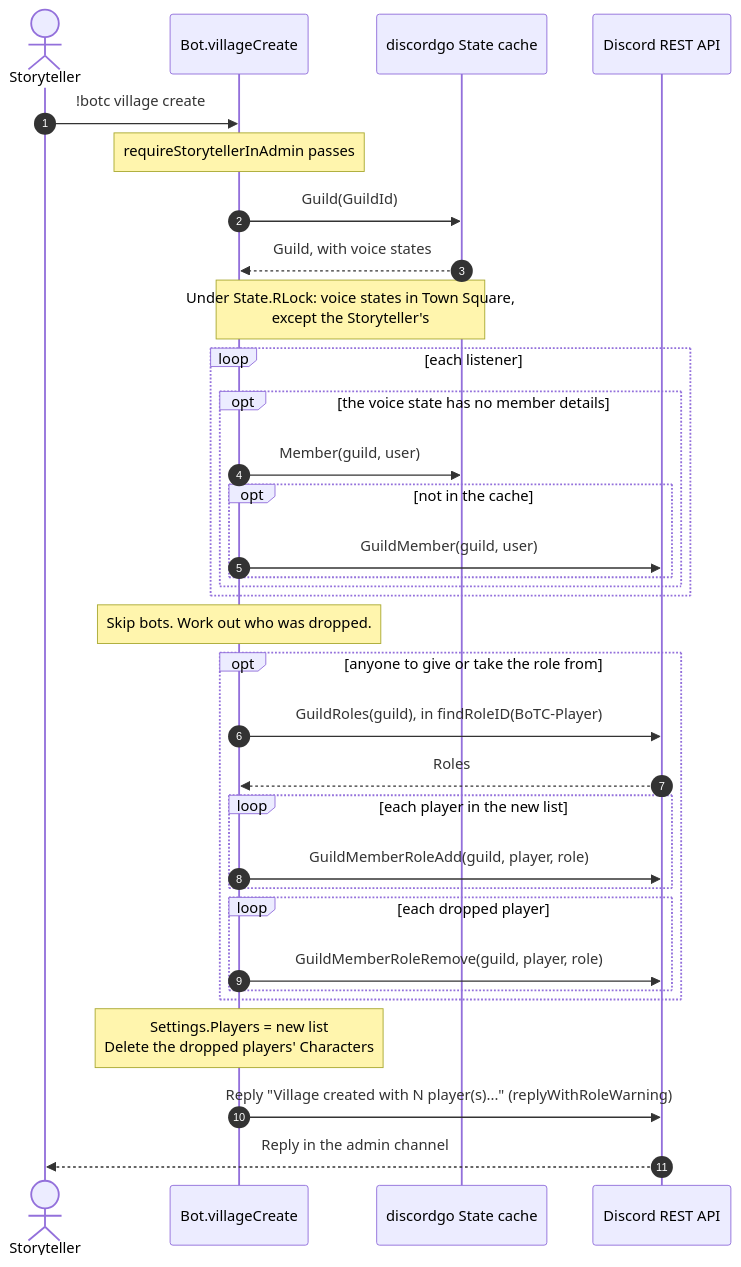
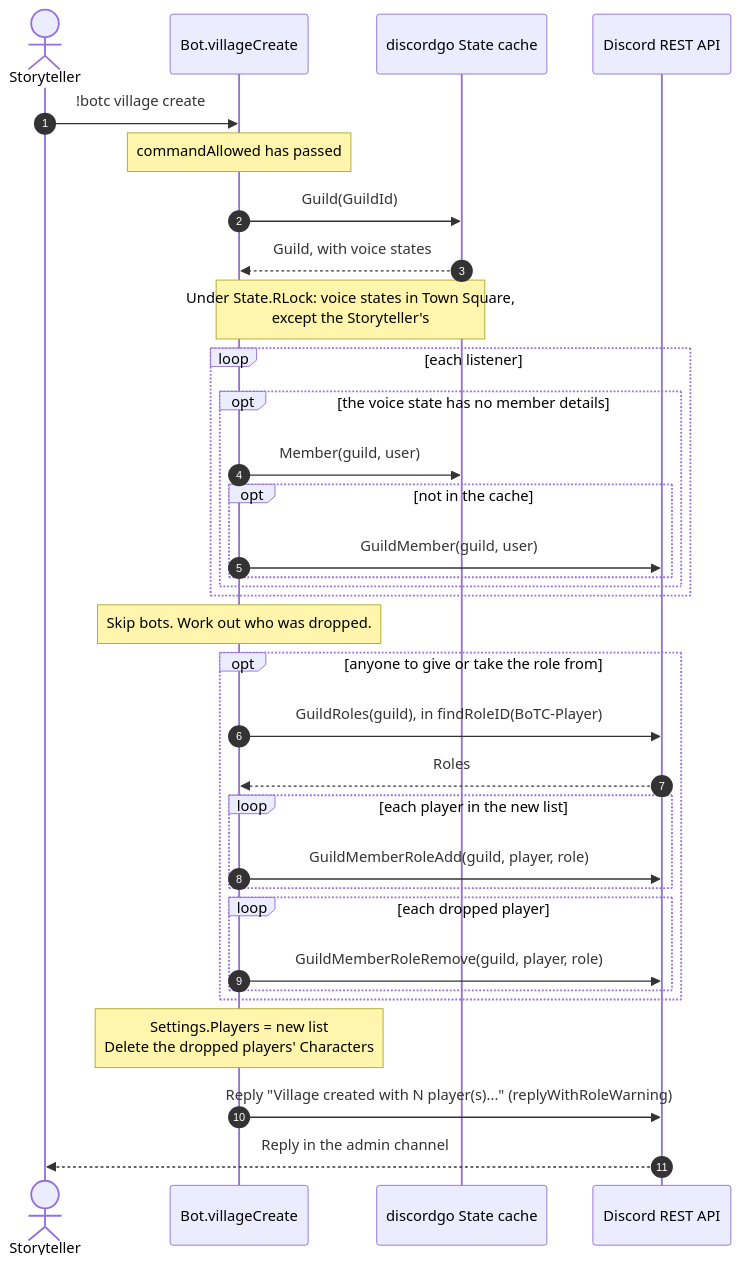
The third of 5 diagrams in docs/uml/village.md (RAGNOARAKNOS/BotOnTheClocktower), drawn with Mermaid before and after one commit. The commit also changed other lines of this file and 18 other files, not shown here.

````diff
--- a/docs/uml/village.md
+++ b/docs/uml/village.md
@@ -57,36 +54,36 @@
 ```mermaid
 sequenceDiagram
     autonumber
     actor ST as Storyteller
     participant Bot as Bot.villageCreate
     participant State as discordgo State cache
     participant REST as Discord REST API
 
     ST->>Bot: !botc village create
-    Note over Bot: requireStorytellerInAdmin passes
+    Note over Bot: commandAllowed has passed
     Bot->>State: Guild(GuildId)
     State-->>Bot: Guild, with voice states
     Note over Bot,State: Under State.RLock: voice states in Town Square,<br/>except the Storyteller's
     loop each listener
         opt the voice state has no member details
             Bot->>State: Member(guild, user)
             opt not in the cache
                 Bot->>REST: GuildMember(guild, user)
             end
         end
     end
     Note over Bot: Skip bots. Work out who was dropped.
     opt anyone to give or take the role from
         Bot->>REST: GuildRoles(guild), in findRoleID(BoTC-Player)
         REST-->>Bot: Roles
         loop each player in the new list
             Bot->>REST: GuildMemberRoleAdd(guild, player, role)
         end
         loop each dropped player
             Bot->>REST: GuildMemberRoleRemove(guild, player, role)
         end
     end
     Note over Bot: Settings.Players = new list<br/>Delete the dropped players' Characters
     Bot->>REST: Reply "Village created with N player(s)..." (replyWithRoleWarning)
     REST-->>ST: Reply in the admin channel
 ```
````
